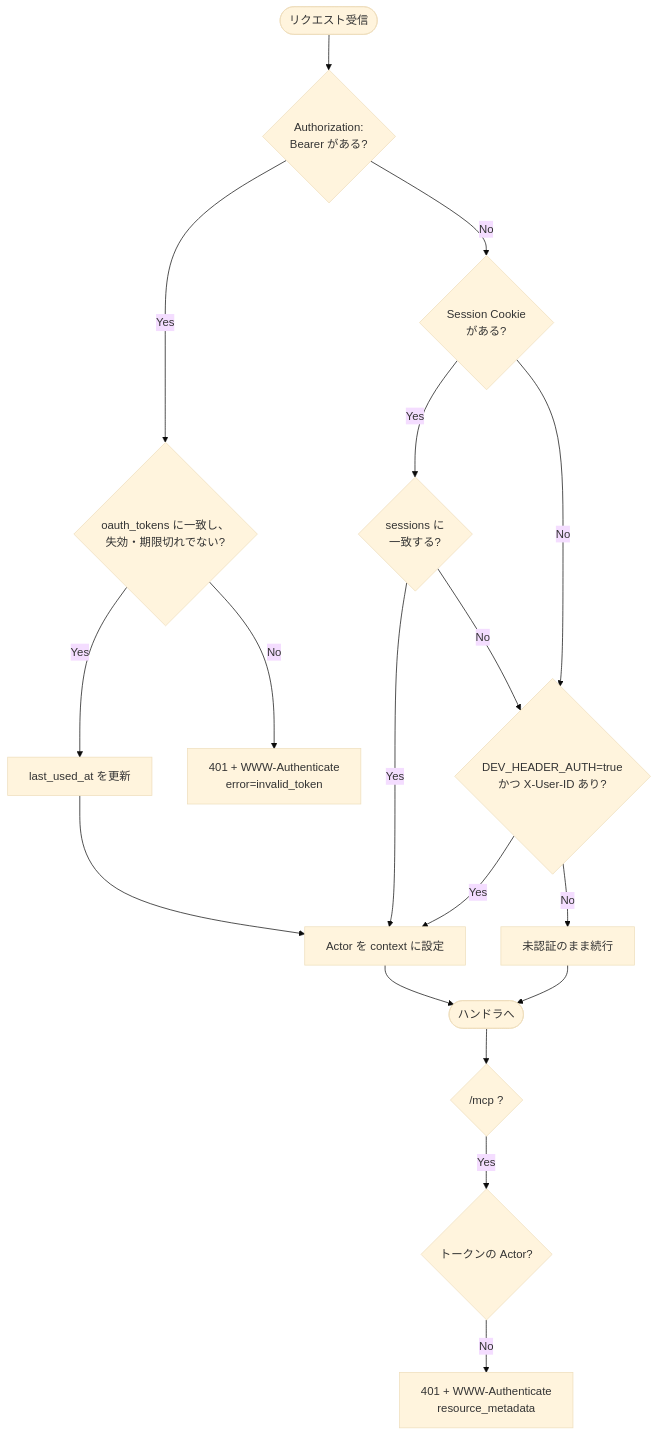
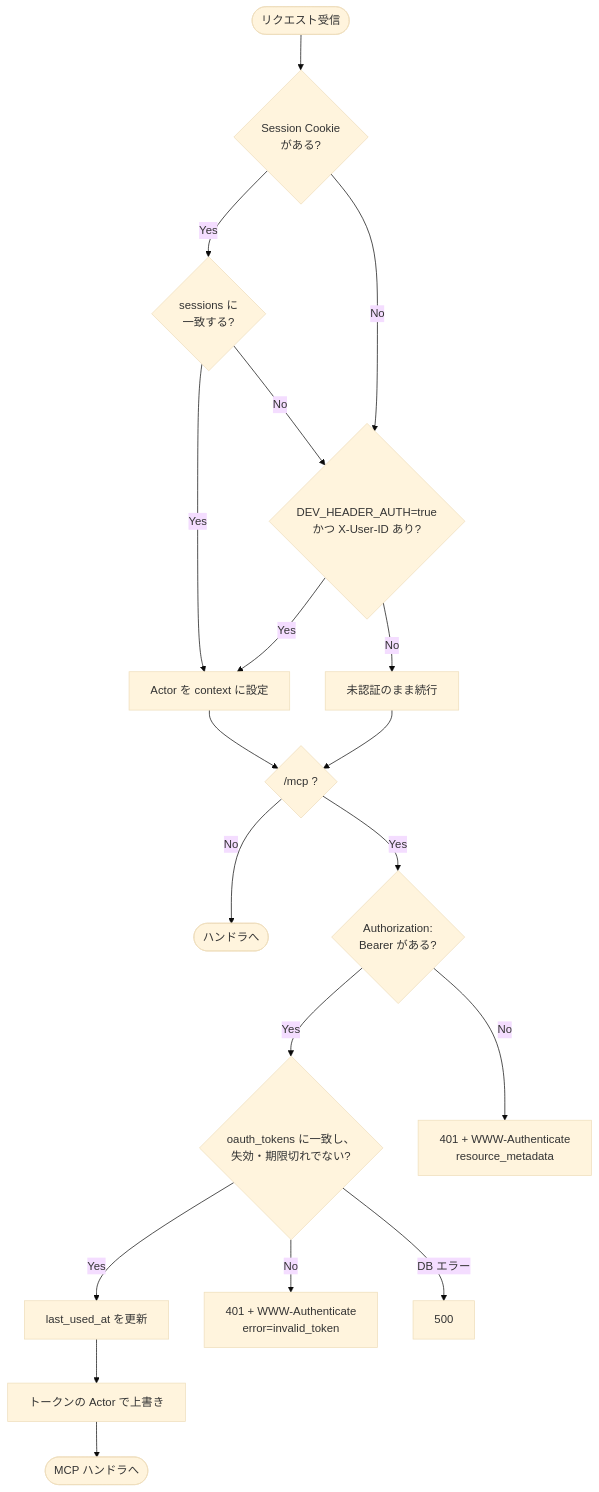
The second of 6 diagrams in docs/mcp-server-design.md (tagokoro/tag-judge), drawn with Mermaid (base theme) before and after one commit. The commit also changed other lines of this file and 2 other files, not shown here.

Commit message:
fix(backend): accept OAuth tokens only on /mcp
An access token was honoured by every route, so a token issued for the
MCP tools could also delete problems and call the rest of the REST API.
The token check now lives in RequireToken, which guards /mcp alone; the
REST API ignores Bearer tokens.

A failed token lookup (a database outage) now returns 500 instead of
invalid_token, so connected clients are not all sent back through OAuth.

````diff
--- a/docs/mcp-server-design.md
+++ b/docs/mcp-server-design.md
@@ -111,19 +111,19 @@
 ```mermaid
 flowchart TD
-    Start([リクエスト受信]) --> HasBearer{Authorization:<br/>Bearer がある?}
-    HasBearer -->|Yes| CheckToken{oauth_tokens に一致し、<br/>失効・期限切れでない?}
-    CheckToken -->|Yes| UpdateUsed[last_used_at を更新] --> SetActor[Actor を context に設定]
-    CheckToken -->|No| Reject[401 + WWW-Authenticate<br/>error=invalid_token]
-    HasBearer -->|No| HasCookie{Session Cookie<br/>がある?}
+    Start([リクエスト受信]) --> HasCookie{Session Cookie<br/>がある?}
     HasCookie -->|Yes| CheckSession{sessions に<br/>一致する?}
-    CheckSession -->|Yes| SetActor
+    CheckSession -->|Yes| SetActor[Actor を context に設定]
     CheckSession -->|No| DevHeader
     HasCookie -->|No| DevHeader{DEV_HEADER_AUTH=true<br/>かつ X-User-ID あり?}
     DevHeader -->|Yes| SetActor
     DevHeader -->|No| Anonymous[未認証のまま続行]
-    SetActor --> Next([ハンドラへ])
-    Anonymous --> Next
-    Next --> IsMCP{/mcp ?}
-    IsMCP -->|Yes| TokenActor{トークンの Actor?}
-    TokenActor -->|No| Challenge[401 + WWW-Authenticate<br/>resource_metadata]
+    SetActor --> IsMCP{/mcp ?}
+    Anonymous --> IsMCP
+    IsMCP -->|No| Next([ハンドラへ])
+    IsMCP -->|Yes| HasBearer{Authorization:<br/>Bearer がある?}
+    HasBearer -->|Yes| CheckToken{oauth_tokens に一致し、<br/>失効・期限切れでない?}
+    CheckToken -->|Yes| UpdateUsed[last_used_at を更新] --> TokenActor[トークンの Actor で上書き] --> MCPNext([MCP ハンドラへ])
+    CheckToken -->|No| Reject[401 + WWW-Authenticate<br/>error=invalid_token]
+    CheckToken -->|DB エラー| Fail[500]
+    HasBearer -->|No| Challenge[401 + WWW-Authenticate<br/>resource_metadata]
 ```
````
